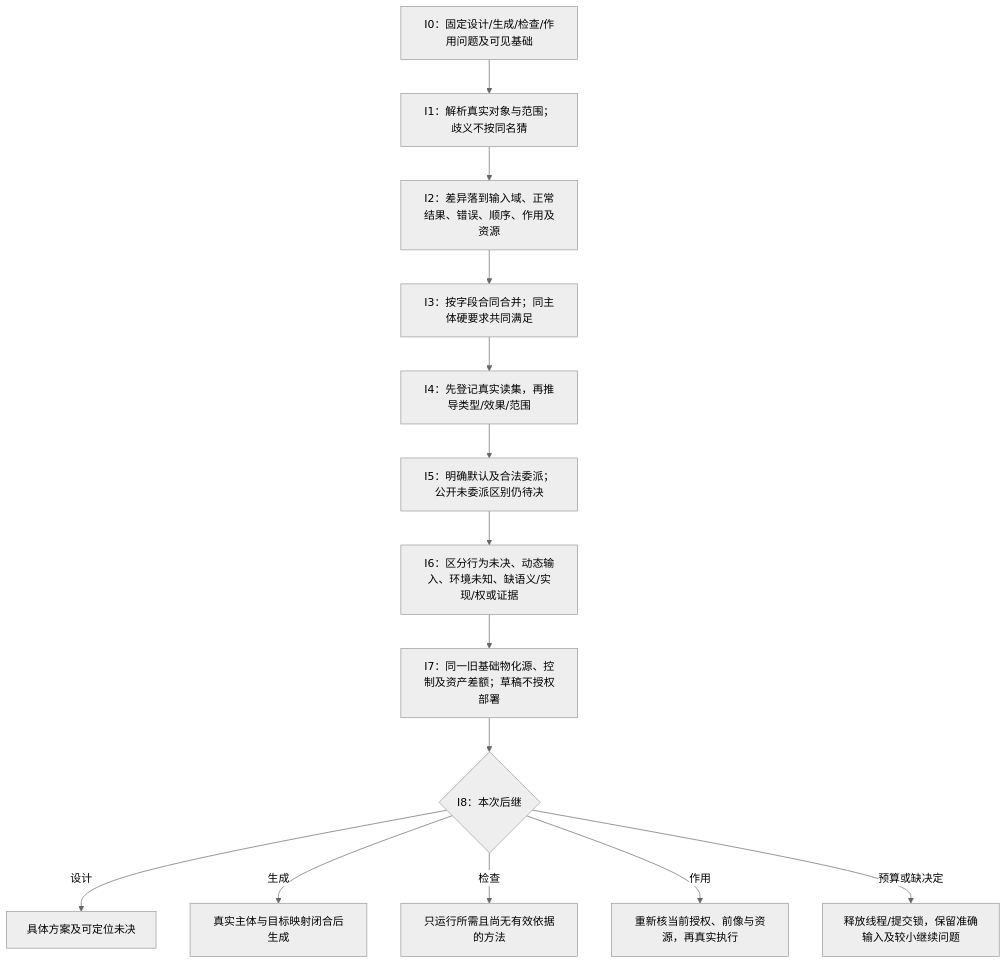
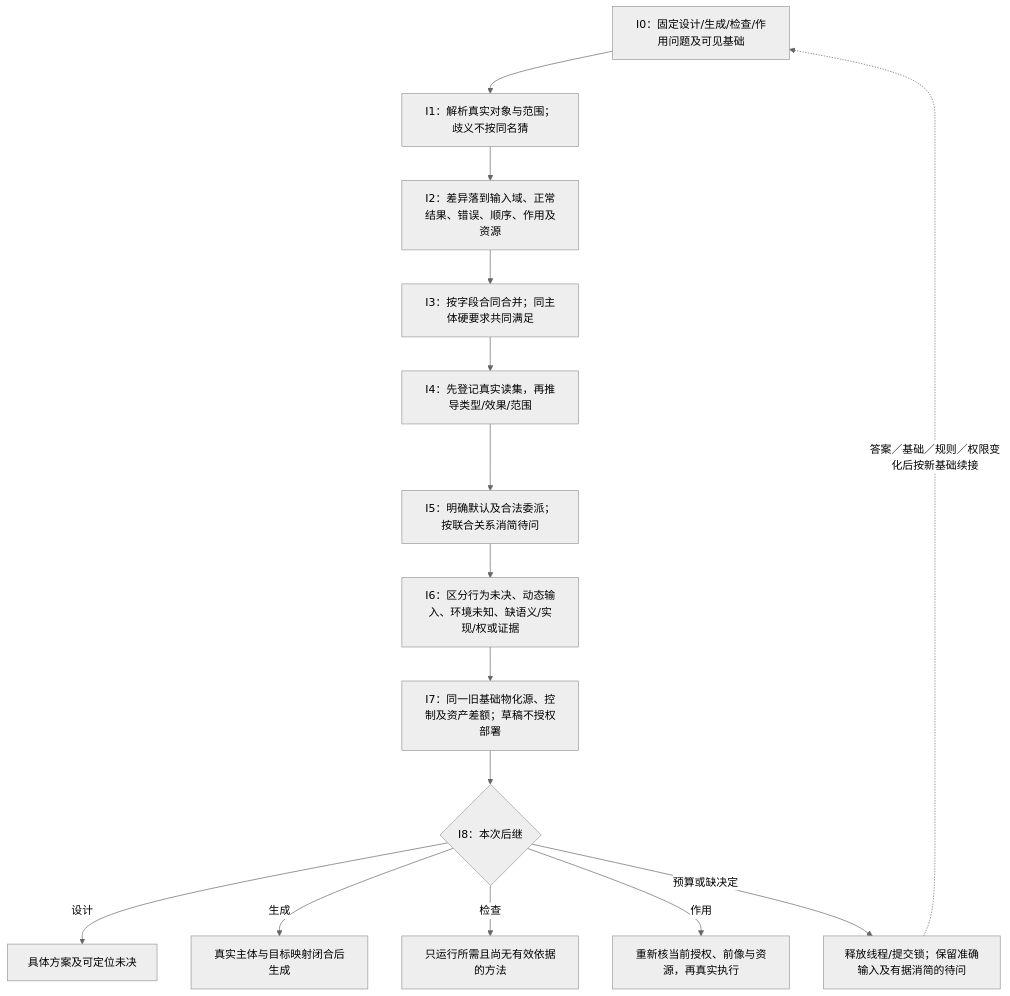
Before and after one commit to sec-platform/sec: the second of 2 diagrams in docs/作者/组合/跨软件需求合同.md, drawn with Mermaid (neutral theme). The commit also changed other lines of this file and 88 other files, not shown here.

````diff
--- a/docs/作者/组合/跨软件需求合同.md
+++ b/docs/作者/组合/跨软件需求合同.md
@@ -269,16 +271,17 @@
 ```mermaid
 flowchart TB
   problem["I0：固定设计/生成/检查/作用问题及可见基础"] --> names["I1：解析真实对象与范围；歧义不按同名猜"]
   names --> delta["I2：差异落到输入域、正常结果、错误、顺序、作用及资源"]
   delta --> merge["I3：按字段合同合并；同主体硬要求共同满足"]
   merge --> derive["I4：先登记真实读集，再推导类型/效果/范围"]
-  derive --> defaults["I5：明确默认及合法委派；公开未委派区别仍待决"]
+  derive --> defaults["I5：明确默认及合法委派；按联合关系消简待问"]
   defaults --> gaps["I6：区分行为未决、动态输入、环境未知、缺语义/实现/权或证据"]
   gaps --> candidate["I7：同一旧基础物化源、控制及资产差额；草稿不授权部署"]
   candidate --> phase{"I8：本次后继"}
   phase -->|设计| design["具体方案及可定位未决"]
   phase -->|生成| supply["真实主体与目标映射闭合后生成"]
   phase -->|检查| verify["只运行所需且尚无有效依据的方法"]
   phase -->|作用| execute["重新核当前授权、前像与资源，再真实执行"]
-  phase -->|预算或缺决定| continuation["释放线程/提交锁，保留准确输入及较小继续问题"]
+  phase -->|预算或缺决定| continuation["释放线程/提交锁；保留准确输入及有据消简的待问"]
+  continuation -. "答案／基础／规则／权限变化后按新基础续接" .-> problem
 ```
````
